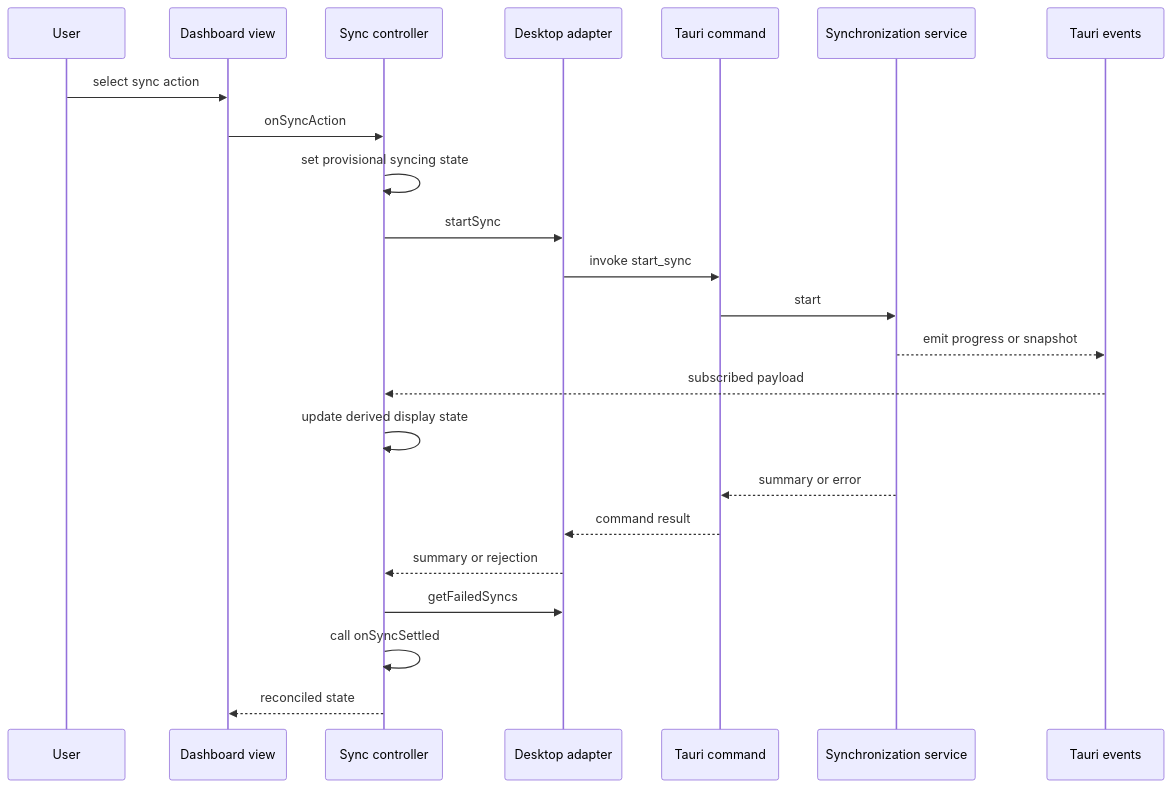
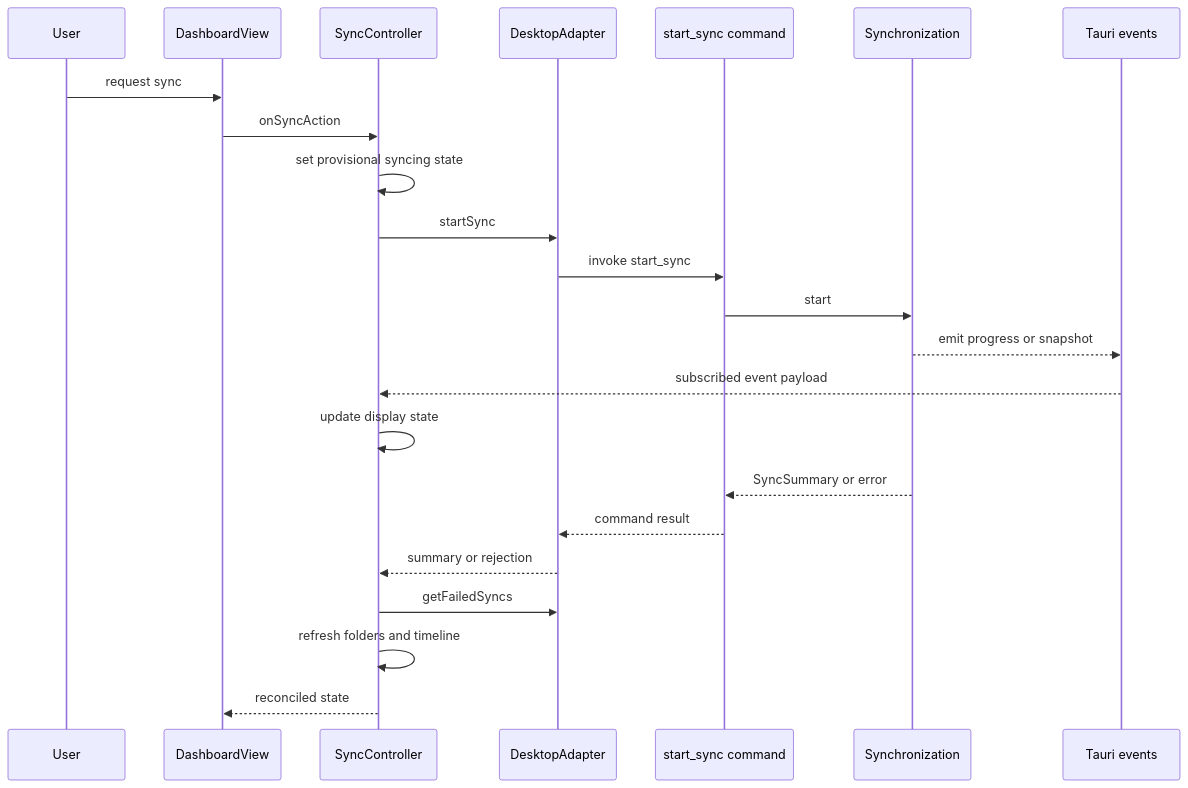
The diagram in openwiki/frontend/ui-and-ipc.md (xXRoxXeRXx/lymic), drawn with Mermaid before and after one commit. The commit also changed other lines of this file and 23 other files, not shown here.

````diff
--- a/openwiki/frontend/ui-and-ipc.md
+++ b/openwiki/frontend/ui-and-ipc.md
@@ -82,25 +98,25 @@
 ```mermaid
 sequenceDiagram
     participant User
-    participant View as Dashboard view
-    participant Sync as Sync controller
-    participant Adapter as Desktop adapter
-    participant Command as Tauri command
-    participant Service as Synchronization service
-    participant Events as Tauri events
-    User->>View: select sync action
-    View->>Sync: onSyncAction
+    participant Dash as DashboardView
+    participant Sync as SyncController
+    participant Adapter as DesktopAdapter
+    participant Cmd as start_sync command
+    participant Service as Synchronization
+    participant EventBus as Tauri events
+    User->>Dash: request sync
+    Dash->>Sync: onSyncAction
     Sync->>Sync: set provisional syncing state
     Sync->>Adapter: startSync
-    Adapter->>Command: invoke start_sync
-    Command->>Service: start
-    Service-->>Events: emit progress or snapshot
-    Events-->>Sync: subscribed payload
-    Sync->>Sync: update derived display state
-    Service-->>Command: summary or error
-    Command-->>Adapter: command result
+    Adapter->>Cmd: invoke start_sync
+    Cmd->>Service: start
+    Service-->>EventBus: emit progress or snapshot
+    EventBus-->>Sync: subscribed event payload
+    Sync->>Sync: update display state
+    Service-->>Cmd: SyncSummary or error
+    Cmd-->>Adapter: command result
     Adapter-->>Sync: summary or rejection
     Sync->>Adapter: getFailedSyncs
-    Sync->>Sync: call onSyncSettled
-    Sync-->>View: reconciled state
+    Sync->>Sync: refresh folders and timeline
+    Sync-->>Dash: reconciled state
 ```
````
